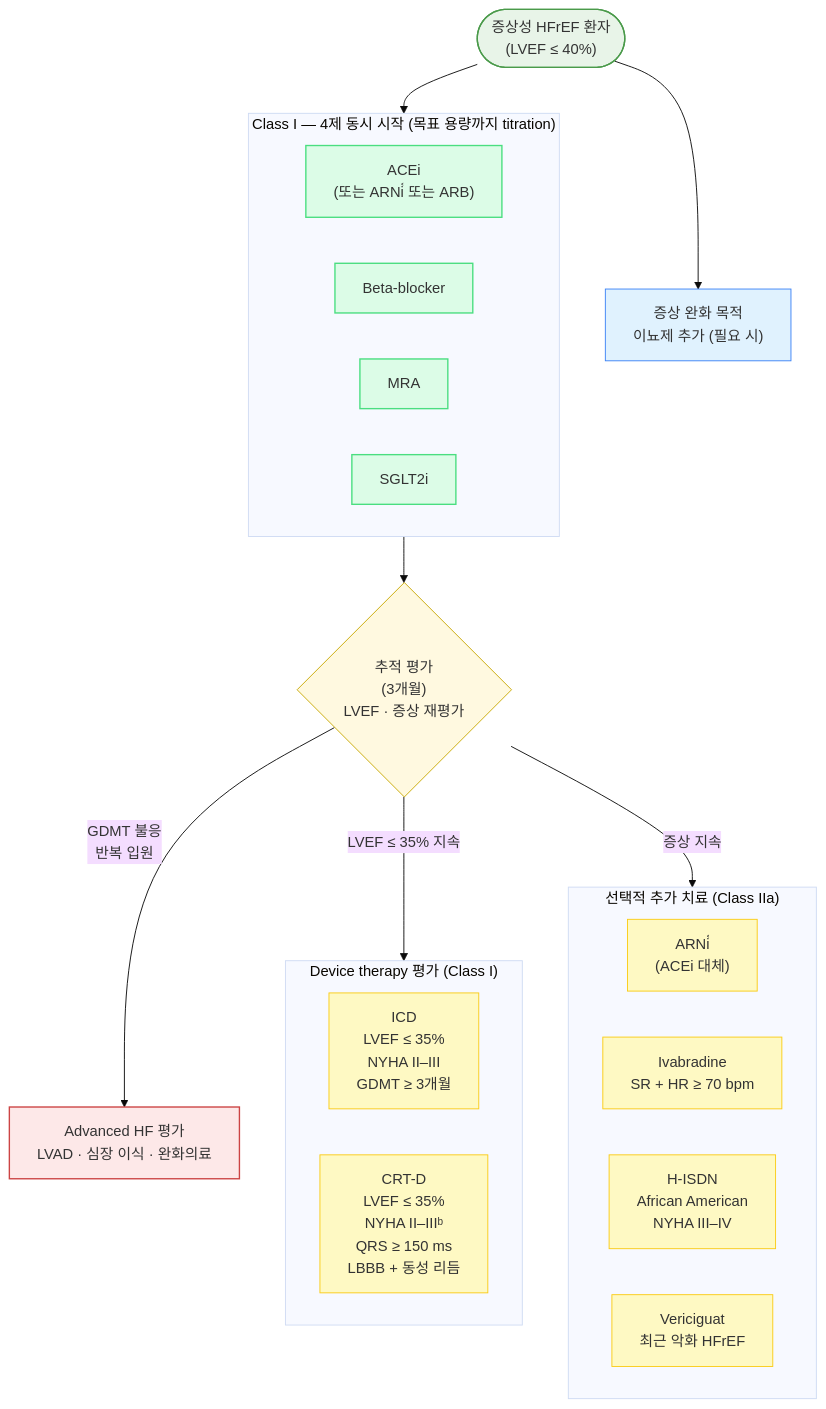
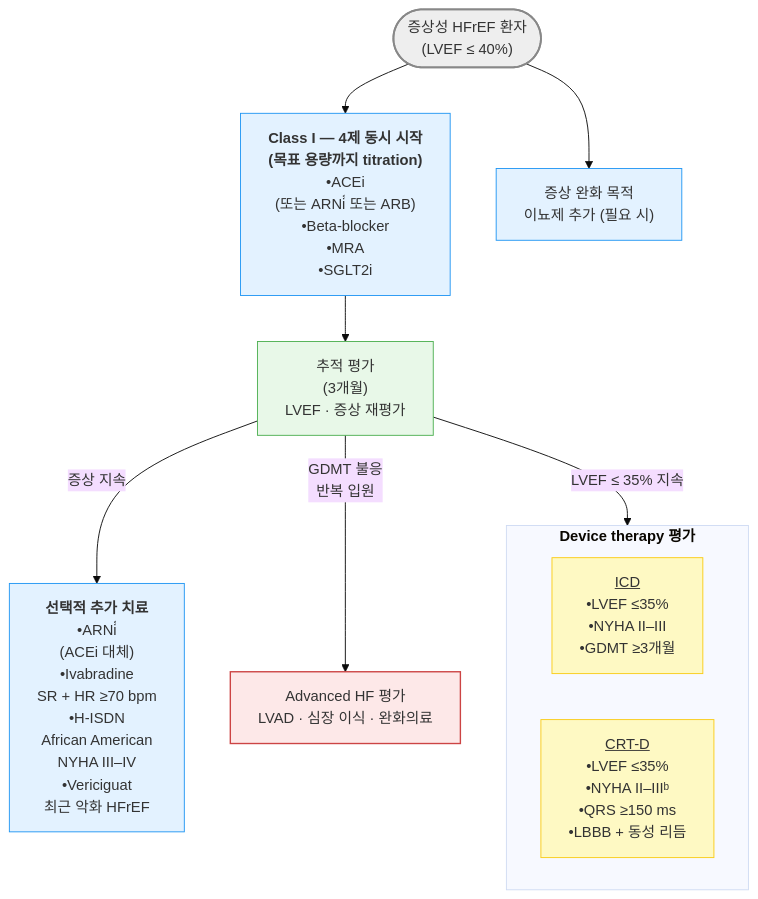
One commit to familyoh77/familyoh77 changed the fifth of 7 diagrams in 225_/098_-heart-failure.md. Above: the diagram before and after it, drawn with Mermaid (base theme). The commit also changed other lines of this file, not shown here.

Commit message:
GITBOOK-1113: No subject

````diff
--- a/225_/098_-heart-failure.md
+++ b/225_/098_-heart-failure.md
@@ -325,53 +321,33 @@
 ```mermaid
 flowchart TD
     START(["증상성 HFrEF 환자\n(LVEF ≤ 40%)"])
-    style START fill:#e8f4e8,stroke:#4a9a4a,stroke-width:1.5px
+    style START fill:#eeeeee,stroke:#888888,stroke-width:2px
+QUAD["<b>Class I — 4제 동시 시작\n(목표 용량까지 titration)</b>
+•ACEi\n(또는 ARNi᷾ 또는 ARB)\n•Beta-blocker\n•MRA\n•SGLT2i"]
+    DIURETIC["증상 완화 목적\n이뇨제 추가 (필요 시)"]
+    ASSESS["추적 평가\n(3개월)\nLVEF · 증상 재평가"]
+    style ASSESS fill:#e8f8e8,stroke:#4caf50
 
-    subgraph QUAD["Class I — 4제 동시 시작 (목표 용량까지 titration)"]
+    subgraph DEVICE["<b>Device therapy 평가</b>"]
         direction LR
-        D1["ACEi\n(또는 ARNi᷾ 또는 ARB)"]
-        style D1 fill:#dcfce7,stroke:#4ade80,stroke-width:1.5px
-        D2["Beta-blocker"]
-        style D2 fill:#dcfce7,stroke:#4ade80,stroke-width:1.5px
-        D3["MRA"]
-        style D3 fill:#dcfce7,stroke:#4ade80,stroke-width:1.5px
-        D4["SGLT2i"]
-        style D4 fill:#dcfce7,stroke:#4ade80,stroke-width:1.5px
-    end
-
-    DIURETIC["증상 완화 목적\n이뇨제 추가 (필요 시)"]
-    style DIURETIC fill:#e0f2fe,stroke:#3b82f6,stroke-width:1px
-
-    ASSESS{"추적 평가\n(3개월)\nLVEF · 증상 재평가"}
-    style ASSESS fill:#fff9e0,stroke:#c8a800,stroke-width:1px
-
-    subgraph DEVICE["Device therapy 평가 (Class I)"]
-        direction LR
-        DEV1["ICD\nLVEF ≤ 35%\nNYHA II–III\nGDMT ≥ 3개월"]
+        DEV1["<u>ICD</u>\n•LVEF ≤35%\n•NYHA II–III\n•GDMT ≥3개월"]
         style DEV1 fill:#fef9c3,stroke:#facc15,stroke-width:1px
-        DEV2["CRT-D\nLVEF ≤ 35%\nNYHA II–IIIᵇ\nQRS ≥ 150 ms\nLBBB + 동성 리듬"]
+        DEV2["<u>CRT-D</u>\n•LVEF ≤35%\n•NYHA II–IIIᵇ\n•QRS ≥150 ms\n•LBBB + 동성 리듬"]
         style DEV2 fill:#fef9c3,stroke:#facc15,stroke-width:1px
     end
 
-    subgraph SELECT["선택적 추가 치료 (Class IIa)"]
-        direction LR
-        SEL1["ARNi᷾\n(ACEi 대체)"]
-        style SEL1 fill:#fef9c3,stroke:#facc15,stroke-width:1px
-        SEL2["Ivabradine\nSR + HR ≥ 70 bpm"]
-        style SEL2 fill:#fef9c3,stroke:#facc15,stroke-width:1px
-        SEL3["H-ISDN\nAfrican American\nNYHA III–IV"]
-        style SEL3 fill:#fef9c3,stroke:#facc15,stroke-width:1px
-        SEL4["Vericiguat\n최근 악화 HFrEF"]
-        style SEL4 fill:#fef9c3,stroke:#facc15,stroke-width:1px
-    end
-
+SELECT["<b>선택적 추가 치료</b>
+•ARNi᷾\n(ACEi 대체)\n•Ivabradine\nSR + HR ≥70 bpm\n•H-ISDN\nAfrican American\nNYHA III–IV\n•Vericiguat\n최근 악화 HFrEF"]
     ADVANCED["Advanced HF 평가\nLVAD · 심장 이식 · 완화의료"]
     style ADVANCED fill:#fde8e8,stroke:#cc4444,stroke-width:1.5px
+
+classDef sky fill:#e3f2ff,stroke:#2196f3
+class DIURETIC,QUAD,SELECT sky
 
     START --> QUAD
     START --> DIURETIC
     QUAD --> ASSESS
     ASSESS -->|"LVEF ≤ 35% 지속"| DEVICE
     ASSESS -->|"증상 지속"| SELECT
     ASSESS -->|"GDMT 불응\n반복 입원"| ADVANCED
 ```
````
